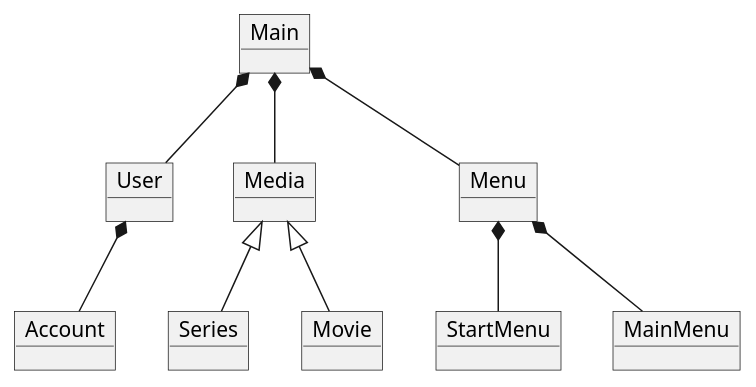
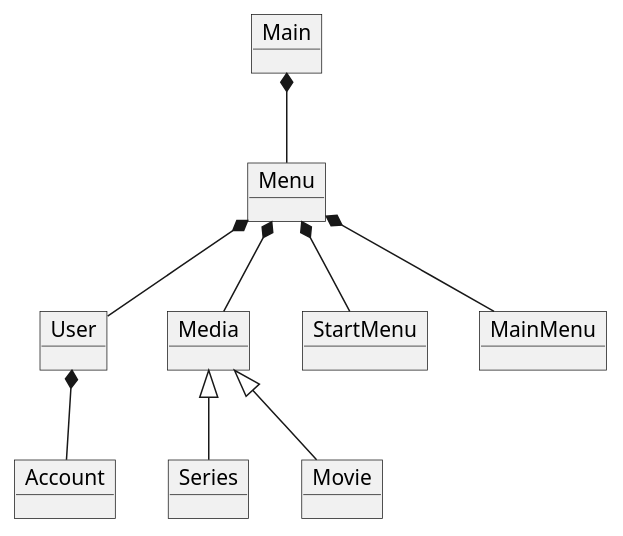
One commit to b-rino/SP3 changed the diagram in docs/domainmodel.puml. Above: the diagram before and after it, drawn with PlantUML. The commit also changed 1 other file, not shown here.

Commit message:
update domainemodel and classdiagram

```diff
--- a/docs/domainmodel.puml
+++ b/docs/domainmodel.puml
@@ -1,25 +1,26 @@
 @startuml
 
 object Main
 object User
 object Media
 object Series
 object Movie
 object Account
 object Menu
 object StartMenu
 object MainMenu
 
 
-Main*--Media
-Main *-- User
+
+Menu *-- User
+Menu *-- Media
 Media <|-- Movie
 Media <|-- Series
 User *-- Account
 Main *-- Menu
 Menu *-- StartMenu
 Menu *-- MainMenu
 
 
 
 @enduml
```
